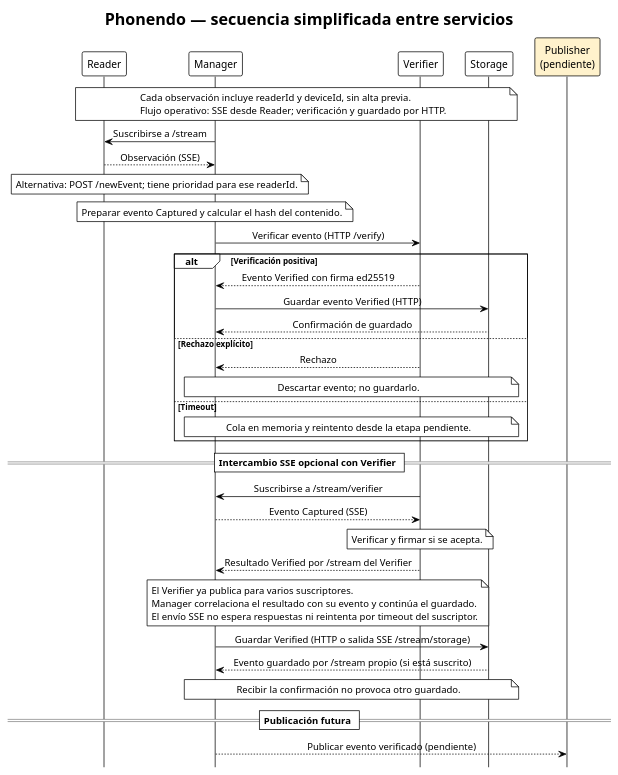
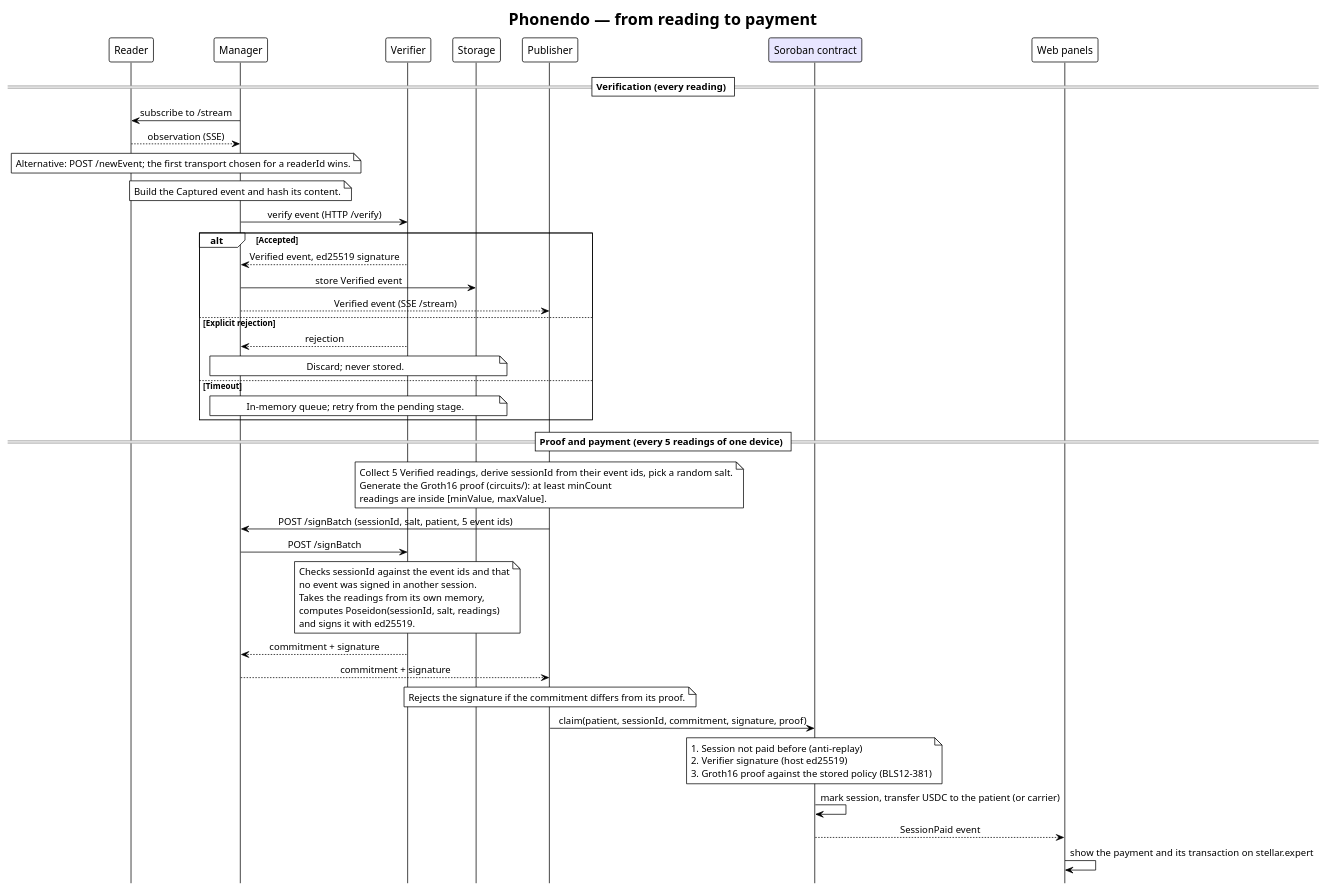
Before and after one commit to ParriCode/phonedo: the diagram in docs/phonendo-secuencia.plantuml, drawn with PlantUML. The commit also changed 12 other files, not shown here.

Commit message:
Docs: diagrams with Publisher and Stellar, presentation in English and updated to 5-reading batches, overview.md removed

```diff
--- a/docs/phonendo-secuencia.plantuml
+++ b/docs/phonendo-secuencia.plantuml
@@ -1,51 +1,60 @@
 @startuml phonendo_secuencia
 !theme plain
 hide footbox
 skinparam shadowing false
 skinparam sequenceMessageAlign center
-title Phonendo — secuencia simplificada entre servicios
+title Phonendo — from reading to payment
 
 participant Reader as R
 participant Manager as M
 participant Verifier as V
 participant Storage as S
-participant "Publisher\n(pendiente)" as P #FFF2CC
+participant Publisher as P
+participant "Soroban contract" as C #E8E6FF
+participant "Web panels" as W
 
-note over R,S
-  Cada observación incluye readerId y deviceId, sin alta previa.
-  Flujo operativo: SSE desde Reader; verificación y guardado por HTTP.
-end note
-M -> R : Suscribirse a /stream
-R --> M : Observación (SSE)
-note over R,M : Alternativa: POST /newEvent; tiene prioridad para ese readerId.
-note over M : Preparar evento Captured y calcular el hash del contenido.
-M -> V : Verificar evento (HTTP /verify)
-alt Verificación positiva
-  V --> M : Evento Verified con firma ed25519
-  M -> S : Guardar evento Verified (HTTP)
-  S --> M : Confirmación de guardado
-else Rechazo explícito
-  V --> M : Rechazo
-  note over M,S : Descartar evento; no guardarlo.
+== Verification (every reading) ==
+M -> R : subscribe to /stream
+R --> M : observation (SSE)
+note over R,M : Alternative: POST /newEvent; the first transport chosen for a readerId wins.
+note over M : Build the Captured event and hash its content.
+M -> V : verify event (HTTP /verify)
+alt Accepted
+  V --> M : Verified event, ed25519 signature
+  M -> S : store Verified event
+  M --> P : Verified event (SSE /stream)
+else Explicit rejection
+  V --> M : rejection
+  note over M,S : Discard; never stored.
 else Timeout
-  note over M,S : Cola en memoria y reintento desde la etapa pendiente.
+  note over M,S : In-memory queue; retry from the pending stage.
 end
 
-== Intercambio SSE opcional con Verifier ==
-V -> M : Suscribirse a /stream/verifier
-M --> V : Evento Captured (SSE)
-note over V : Verificar y firmar si se acepta.
-V --> M : Resultado Verified por /stream del Verifier
-note over M,V
-  El Verifier ya publica para varios suscriptores.
-  Manager correlaciona el resultado con su evento y continúa el guardado.
-  El envío SSE no espera respuestas ni reintenta por timeout del suscriptor.
+== Proof and payment (every 5 readings of one device) ==
+note over P
+  Collect 5 Verified readings, derive sessionId from their event ids, pick a random salt.
+  Generate the Groth16 proof (circuits/): at least minCount
+  readings are inside [minValue, maxValue].
 end note
-
-M -> S : Guardar Verified (HTTP o salida SSE /stream/storage)
-S --> M : Evento guardado por /stream propio (si está suscrito)
-note over M,S : Recibir la confirmación no provoca otro guardado.
-
-== Publicación futura ==
-M --> P : Publicar evento verificado (pendiente)
+P -> M : POST /signBatch (sessionId, salt, patient, 5 event ids)
+M -> V : POST /signBatch
+note over V
+  Checks sessionId against the event ids and that
+  no event was signed in another session.
+  Takes the readings from its own memory,
+  computes Poseidon(sessionId, salt, readings)
+  and signs it with ed25519.
+end note
+V --> M : commitment + signature
+M --> P : commitment + signature
+note over P : Rejects the signature if the commitment differs from its proof.
+P -> C : claim(patient, sessionId, commitment, signature, proof)
+note over C
+  1. Session not paid before (anti-replay)
+  2. Verifier signature (host ed25519)
+  3. Groth16 proof against the stored policy (BLS12-381)
+end note
+C -> C : mark session, transfer USDC to the patient (or carrier)
+C --> W : SessionPaid event
+W -> W : show the payment and its transaction on stellar.expert
 @enduml
```
